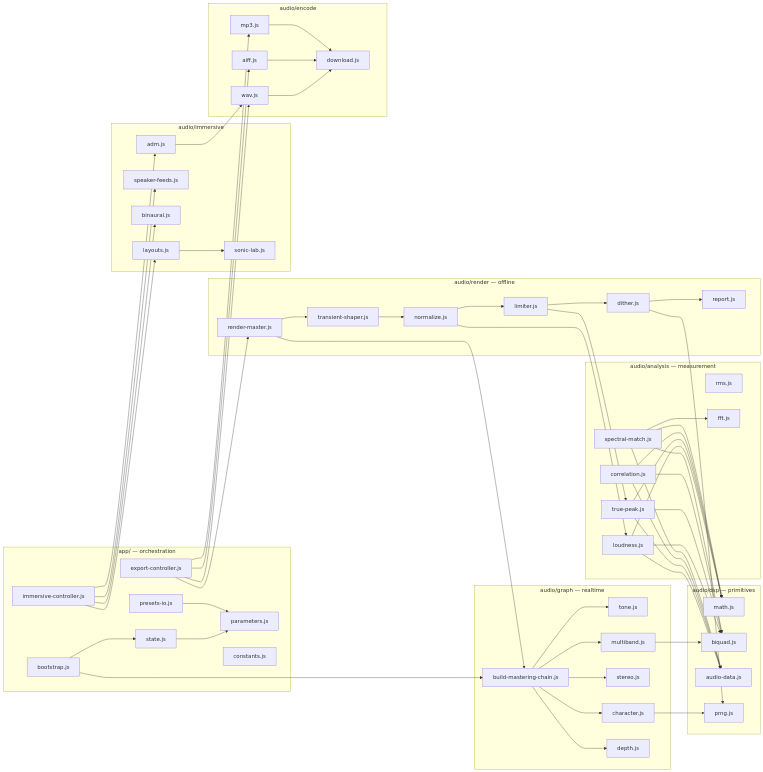
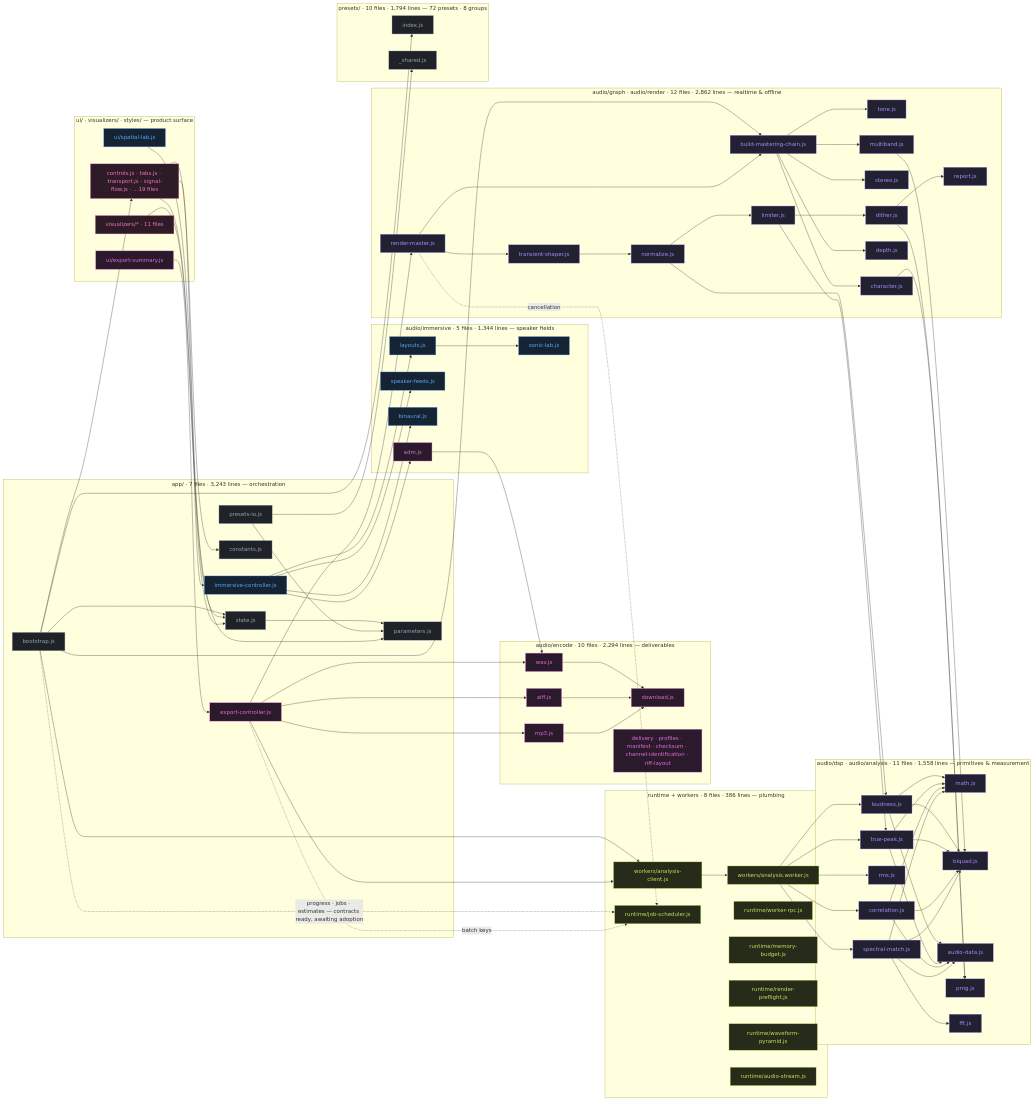
The first of 6 diagrams in docs/ARCHITECTURE.md (zazieproductions/Signal-Rot-Audio-Mastering-Suite-), drawn with Mermaid before and after one commit. The commit also changed other lines of this file and 13 other files, not shown here.

First line of the commit message:
docs: colour-coded domain system and diagram set for repo organisation

````diff
--- a/docs/ARCHITECTURE.md
+++ b/docs/ARCHITECTURE.md
@@ -28,23 +33,20 @@
 ```mermaid
 graph LR
-  subgraph "app/ — orchestration"
+  subgraph APPG["app/ · 7 files · 3,243 lines — orchestration"]
     BOOT[bootstrap.js]
     STATE[state.js]
     PARAMS[parameters.js]
     PIO[presets-io.js]
+    CONST[constants.js]
     EXPC[export-controller.js]
     IMMC[immersive-controller.js]
-    CONST[constants.js]
   end
 
-  subgraph "audio/dsp — primitives"
+  subgraph DSPP["audio/dsp · audio/analysis · 11 files · 1,558 lines — primitives & measurement"]
     MATH[math.js]
     BQ[biquad.js]
     AD[audio-data.js]
     PRNG[prng.js]
-  end
-
-  subgraph "audio/analysis — measurement"
     LOUD[loudness.js]
     TPK[true-peak.js]
     RMS[rms.js]
@@ -53,16 +55,13 @@
     SMATCH[spectral-match.js]
   end
 
-  subgraph "audio/graph — realtime"
+  subgraph GRAPH["audio/graph · audio/render · 12 files · 2,862 lines — realtime & offline"]
     CHAIN[build-mastering-chain.js]
     TONE[tone.js]
     MB[multiband.js]
     ST[stereo.js]
     CHAR[character.js]
     DEPTH[depth.js]
-  end
-
-  subgraph "audio/render — offline"
     RM[render-master.js]
     TS[transient-shaper.js]
     NORM[normalize.js]
@@ -71,7 +70,7 @@
     REP[report.js]
   end
 
-  subgraph "audio/immersive"
+  subgraph IMM["audio/immersive · 5 files · 1,344 lines — speaker fields"]
     LAY[layouts.js]
     SLAB[sonic-lab.js]
     FEED[speaker-feeds.js]
@@ -79,15 +78,44 @@
     ADM[adm.js]
   end
 
-  subgraph "audio/encode"
+  subgraph ENC["audio/encode · 10 files · 2,294 lines — deliverables"]
     WAV[wav.js]
     AIFF[aiff.js]
     MP3[mp3.js]
     DL[download.js]
+    DELIV[delivery · profiles · manifest · checksum · channel-identification · riff-layout]
+  end
+
+  subgraph RUNI["runtime + workers · 8 files · 386 lines — plumbing"]
+    WC[workers/analysis-client.js]
+    WK[workers/analysis.worker.js]
+    JSCH[runtime/job-scheduler.js]
+    RPC[runtime/worker-rpc.js]
+    MEM[runtime/memory-budget.js]
+    PF[runtime/render-preflight.js]
+    PYR[runtime/waveform-pyramid.js]
+    STRM[runtime/audio-stream.js]
+  end
+
+  subgraph PRES["presets/ · 10 files · 1,794 lines — 72 presets · 8 groups"]
+    PINDEX[index.js]
+    PSHARED[_shared.js]
+  end
+
+  subgraph UII["ui/ · visualizers/ · styles/ — product surface"]
+    CTRL[controls.js · tabs.js · transport.js · signal-flow.js · …19 files]
+    SLABI[ui/spatial-lab.js]
+    EXPS[ui/export-summary.js]
+    VIZ[visualizers/* · 11 files]
   end
 
   BOOT --> STATE --> PARAMS
   BOOT --> CHAIN
+  BOOT --> WC
+  EXPC --> WC
+  BOOT --> PINDEX
+  PIO --> PARAMS
+  PIO --> PSHARED
   CHAIN --> TONE & MB & ST & CHAR & DEPTH
   EXPC --> RM --> CHAIN
   RM --> TS --> NORM --> LIM --> DITH --> REP
@@ -102,5 +130,29 @@
   CHAR --> PRNG
   DITH --> PRNG
   MB --> BQ
-  PIO --> PARAMS
+  WC --> WK
+  WK --> LOUD & TPK & RMS & CORR & SMATCH
+  CTRL --> STATE & PARAMS & CONST
+  SLABI --> IMMC
+  EXPS --> EXPC
+  VIZ --> STATE
+  BOOT --> CTRL
+  BOOT -. "progress · jobs · estimates — contracts ready, awaiting adoption" .-> JSCH
+  EXPC -. batch keys .-> JSCH
+  RM -. cancellation .-> JSCH
+
+  classDef dom-dsp fill:#222131,stroke:#a78bfa,color:#a78bfa
+  classDef dom-spatial fill:#152332,stroke:#58a6ff,color:#58a6ff
+  classDef dom-runtime fill:#262c19,stroke:#c8e15c,color:#c8e15c
+  classDef dom-export fill:#2a1a2c,stroke:#e26bd8,color:#e26bd8
+  classDef dom-ui fill:#2d1b27,stroke:#f472b6,color:#f472b6
+  classDef dom-app fill:#1f2328,stroke:#94a3b8,color:#94a3b8
+
+  class BOOT,STATE,PARAMS,PIO,CONST,PINDEX,PSHARED dom-app
+  class EXPC,ADM dom-export
+  class IMMC,LAY,SLAB,FEED,BIN,SLABI dom-spatial
+  class MATH,BQ,AD,PRNG,LOUD,TPK,RMS,CORR,FFT,SMATCH,CHAIN,TONE,MB,ST,CHAR,DEPTH,RM,TS,NORM,LIM,DITH,REP dom-dsp
+  class WAV,AIFF,MP3,DL,DELIV,EXPS dom-export
+  class WC,WK,JSCH,RPC,MEM,PF,PYR,STRM dom-runtime
+  class CTRL,VIZ dom-ui
 ```
````
